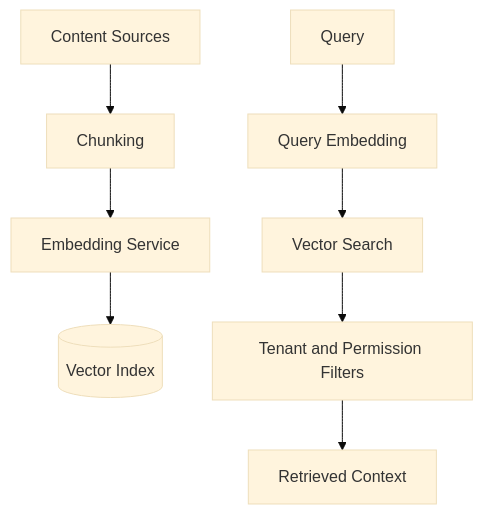
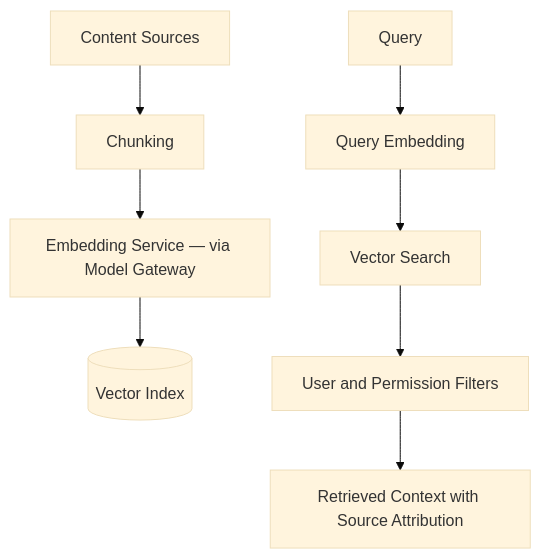
One commit to Mirzzie/Fadi changed the diagram in docs/VECTOR_DATABASE_STRATEGY.md. Above: the diagram before and after it, drawn with Mermaid (base theme). The commit also changed other lines of this file and 65 other files, not shown here.

First line of the commit message:
docs: update architecture docs for Better Auth, Kai, and data sources

````diff
--- a/docs/VECTOR_DATABASE_STRATEGY.md
+++ b/docs/VECTOR_DATABASE_STRATEGY.md
@@ -23,10 +24,10 @@
 ```mermaid
 flowchart TD
     Content[Content Sources] --> Chunk[Chunking]
-    Chunk --> Embed[Embedding Service]
+    Chunk --> Embed[Embedding Service — via Model Gateway]
     Embed --> Index[(Vector Index)]
     Query[Query] --> QEmbed[Query Embedding]
     QEmbed --> Search[Vector Search]
-    Search --> Filter[Tenant and Permission Filters]
-    Filter --> Results[Retrieved Context]
+    Search --> Filter[User and Permission Filters]
+    Filter --> Results[Retrieved Context with Source Attribution]
 ```
````
